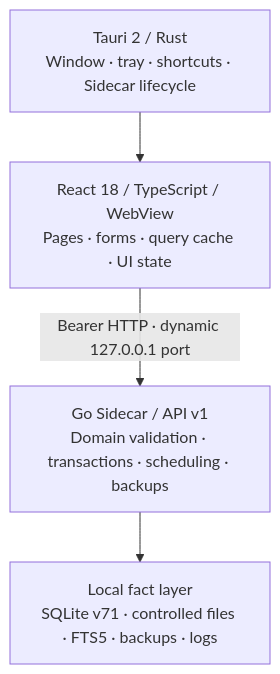
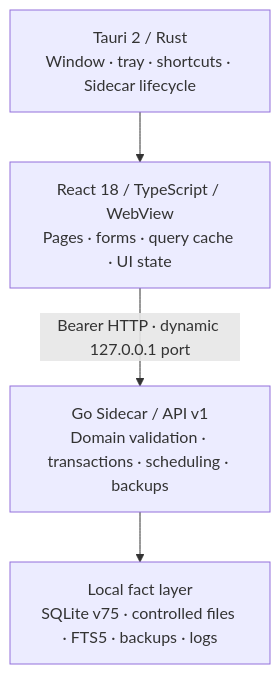
The diagram in README.en.md (DingxinTao0417/opc-workspace), drawn with Mermaid before and after one commit. The commit also changed other lines of this file and 913 other files, not shown here.

````diff
--- a/README.en.md
+++ b/README.en.md
@@ -128,11 +251,11 @@
 ```mermaid
 flowchart TB
     Desktop["Tauri 2 / Rust<br/>Window · tray · shortcuts · Sidecar lifecycle"]
     Web["React 18 / TypeScript / WebView<br/>Pages · forms · query cache · UI state"]
     API["Go Sidecar / API v1<br/>Domain validation · transactions · scheduling · backups"]
-    Data["Local fact layer<br/>SQLite v71 · controlled files · FTS5 · backups · logs"]
+    Data["Local fact layer<br/>SQLite v75 · controlled files · FTS5 · backups · logs"]
 
     Desktop --> Web
     Web -->|"Bearer HTTP · dynamic 127.0.0.1 port"| API
     API --> Data
 ```
````
